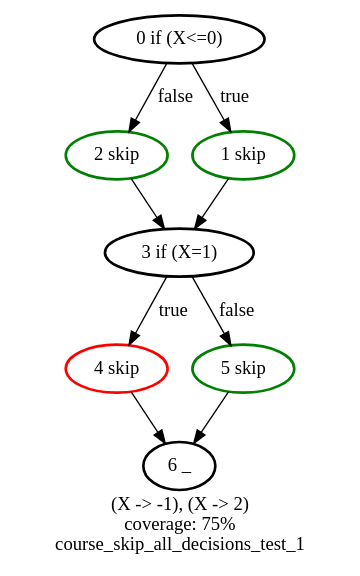
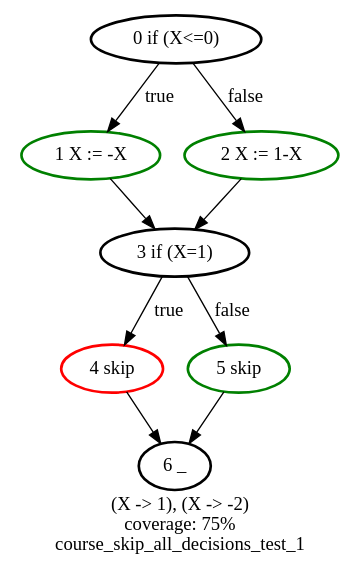
One commit to ghigi123/ivf changed the diagram in graphs/course_skip_all_decisions_test_1.dot. Above: the diagram before and after it, drawn with Graphviz. The commit also changed 9 other files, not shown here.

Commit message:
changing course_skip graph to be relevant for all definitions too

```diff
--- a/graphs/course_skip_all_decisions_test_1.dot
+++ b/graphs/course_skip_all_decisions_test_1.dot
@@ -1,20 +1,20 @@
 digraph course_skip_all_decisions_test_1 {
-	label = "(X -> -1), (X -> 2)
+	label = "(X -> 1), (X -> -2)
 coverage: 75%
 course_skip_all_decisions_test_1"
 	"3 if (X=1)" -> "4 skip" [label = true]
 	"4 skip" -> "6 _"
-	"2 skip" -> "3 if (X=1)"
-	"2 skip" [color = green, style = bold]
-	"0 if (X<=0)" -> "1 skip" [label = true]
+	"1 X := -X" -> "3 if (X=1)"
+	"2 X := 1-X" -> "3 if (X=1)"
+	"1 X := -X" [color = green, style = bold]
 	"3 if (X=1)" [style = bold]
 	"6 _" [style = bold]
 	"5 skip" -> "6 _"
 	"3 if (X=1)" -> "5 skip" [label = false]
 	"5 skip" [color = green, style = bold]
+	"0 if (X<=0)" -> "1 X := -X" [label = true]
 	"4 skip" [color = red, style = bold]
+	"2 X := 1-X" [color = green, style = bold]
 	"0 if (X<=0)" [style = bold]
-	"1 skip" [color = green, style = bold]
-	"1 skip" -> "3 if (X=1)"
-	"0 if (X<=0)" -> "2 skip" [label = false]
+	"0 if (X<=0)" -> "2 X := 1-X" [label = false]
 }
```
